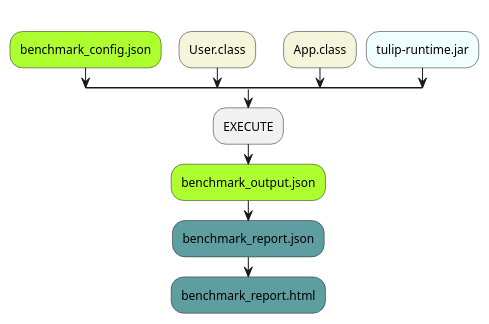
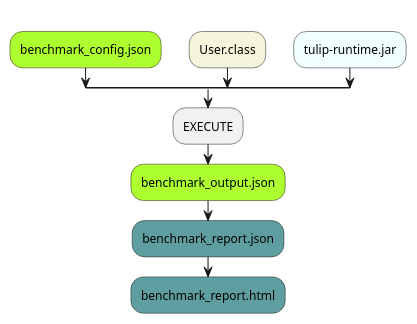
Before and after one commit to wfouche/Tulip-docs: the first of 2 diagrams in modules/ROOT/pages/index.adoc, drawn with PlantUML. The commit also changed other lines of this file, not shown here.

Commit message:
Remove App class

```diff
--- a/modules/ROOT/pages/index.adoc
+++ b/modules/ROOT/pages/index.adoc
@@ -43,22 +43,19 @@
 [plantuml,diag0,svg]
 ----
 @startuml
 split
    -[hidden]->
    #greenyellow:benchmark_config.json;
 split again
    -[hidden]->
    #beige:User.class;
 split again
    -[hidden]->
-   #beige:App.class;
-split again
-   -[hidden]->
    #azure:tulip-runtime.jar;
 end split
 :EXECUTE;
 #greenyellow:benchmark_output.json;
 #cadetblue:benchmark_report.json;
 #cadetblue:benchmark_report.html;
 @enduml
 ----
```
